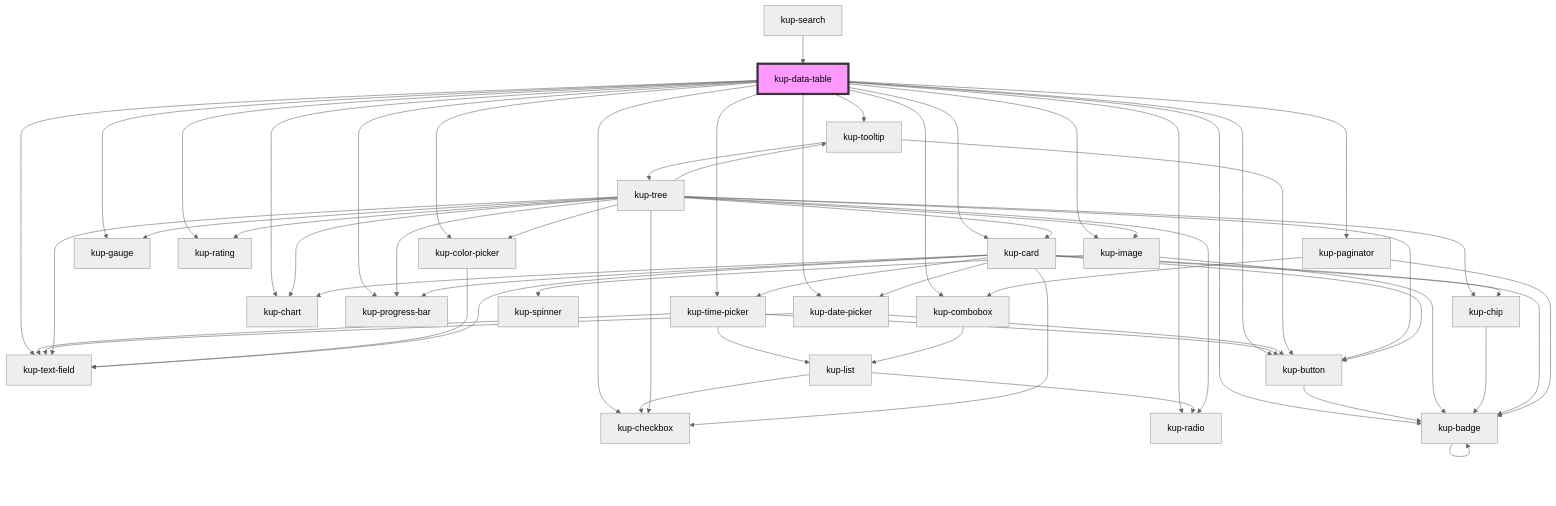
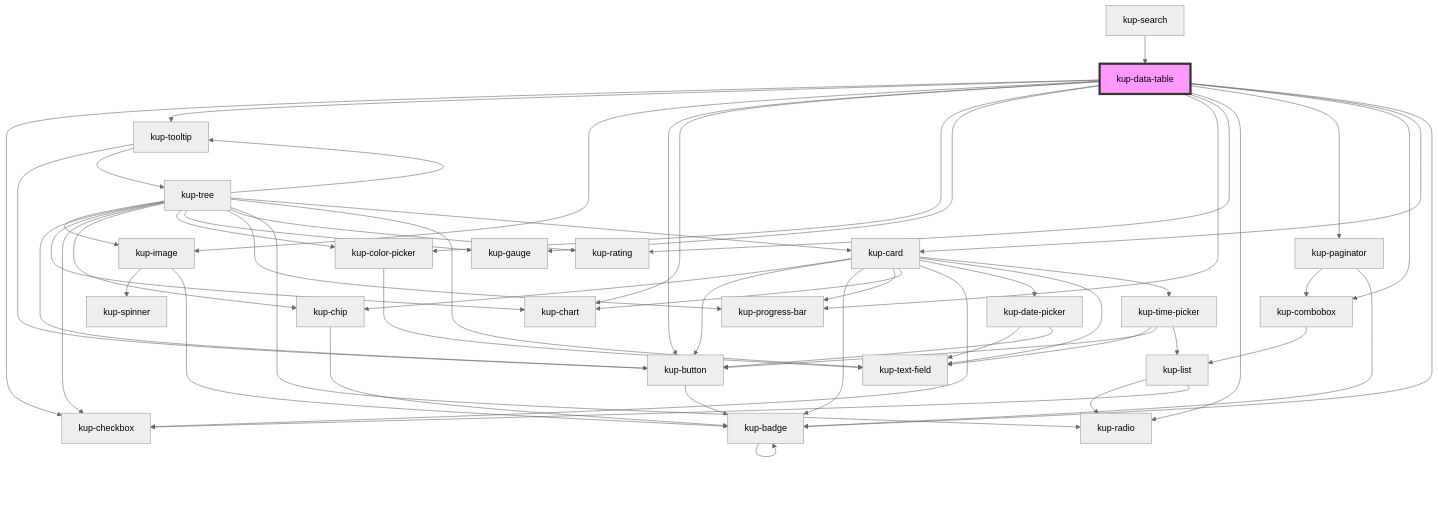
Before and after one commit to smeup/ketchup: the diagram in packages/ketchup/src/components/kup-data-table/readme.md, drawn with Mermaid (neutral theme). The commit also changed other lines of this file and 21 other files, not shown here.

````diff
--- a/packages/ketchup/src/components/kup-data-table/readme.md
+++ b/packages/ketchup/src/components/kup-data-table/readme.md
@@ -166,62 +163,59 @@
 ```mermaid
 graph TD;
-  kup-data-table --> kup-text-field
-  kup-data-table --> kup-time-picker
-  kup-data-table --> kup-date-picker
   kup-data-table --> kup-checkbox
   kup-data-table --> kup-tooltip
   kup-data-table --> kup-image
   kup-data-table --> kup-button
   kup-data-table --> kup-chart
   kup-data-table --> kup-color-picker
   kup-data-table --> kup-gauge
   kup-data-table --> kup-progress-bar
   kup-data-table --> kup-rating
   kup-data-table --> kup-radio
   kup-data-table --> kup-paginator
   kup-data-table --> kup-combobox
   kup-data-table --> kup-card
   kup-data-table --> kup-badge
-  kup-time-picker --> kup-text-field
-  kup-time-picker --> kup-button
-  kup-time-picker --> kup-list
+  kup-tooltip --> kup-button
+  kup-tooltip --> kup-tree
   kup-button --> kup-badge
   kup-badge --> kup-badge
-  kup-list --> kup-radio
-  kup-list --> kup-checkbox
-  kup-date-picker --> kup-text-field
-  kup-date-picker --> kup-button
-  kup-tooltip --> kup-button
-  kup-tooltip --> kup-tree
   kup-tree --> kup-image
   kup-tree --> kup-button
   kup-tree --> kup-chart
   kup-tree --> kup-checkbox
   kup-tree --> kup-chip
   kup-tree --> kup-color-picker
   kup-tree --> kup-gauge
   kup-tree --> kup-progress-bar
   kup-tree --> kup-rating
   kup-tree --> kup-radio
   kup-tree --> kup-tooltip
   kup-tree --> kup-text-field
   kup-tree --> kup-card
   kup-image --> kup-spinner
   kup-image --> kup-badge
   kup-chip --> kup-badge
   kup-color-picker --> kup-text-field
   kup-card --> kup-chip
   kup-card --> kup-button
   kup-card --> kup-badge
   kup-card --> kup-progress-bar
   kup-card --> kup-chart
   kup-card --> kup-checkbox
   kup-card --> kup-date-picker
   kup-card --> kup-text-field
   kup-card --> kup-time-picker
+  kup-date-picker --> kup-text-field
+  kup-date-picker --> kup-button
+  kup-time-picker --> kup-text-field
+  kup-time-picker --> kup-button
+  kup-time-picker --> kup-list
+  kup-list --> kup-radio
+  kup-list --> kup-checkbox
   kup-paginator --> kup-combobox
   kup-paginator --> kup-badge
   kup-combobox --> kup-list
   kup-search --> kup-data-table
   style kup-data-table fill:#f9f,stroke:#333,stroke-width:4px
 ```
````
